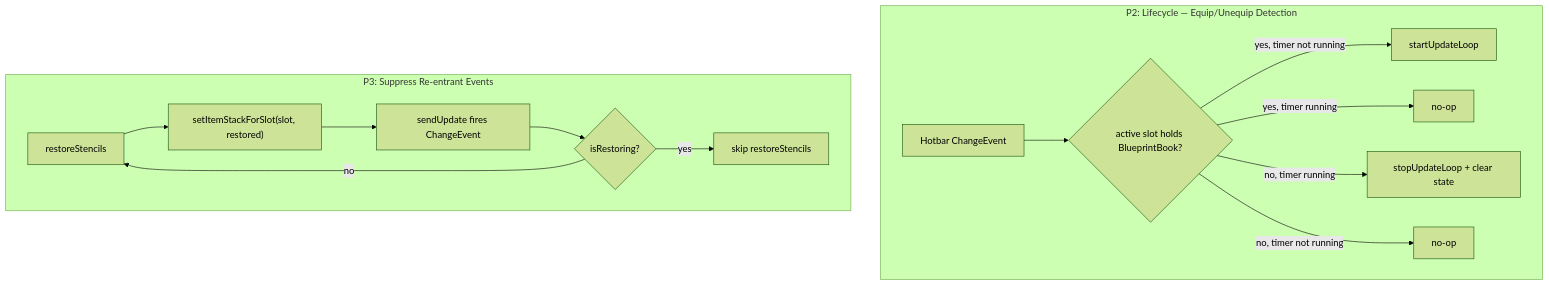
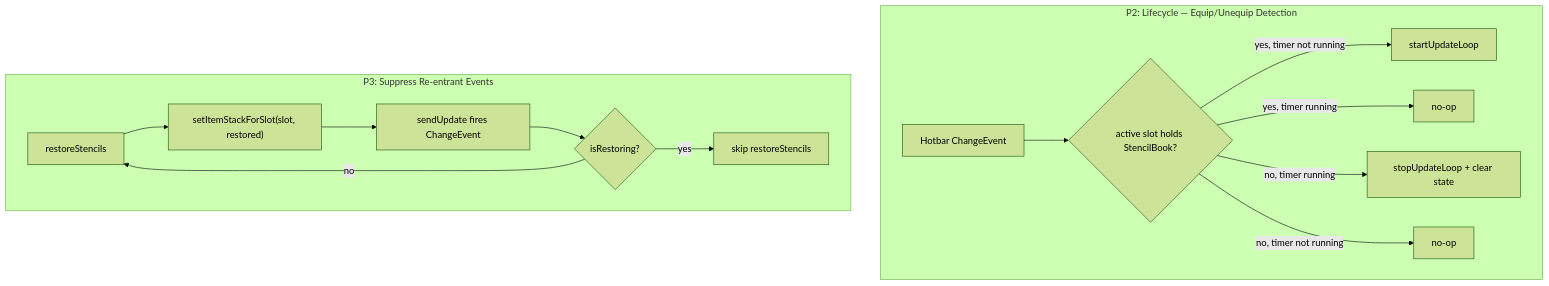
Before and after one commit to TheCodeCreature/Hytale-Example-Plugin: the third of 4 diagrams in docs/design-particle-loop-freeze-fix.md, drawn with Mermaid (forest theme). The commit also changed other lines of this file and 289 other files, not shown here.

````diff
--- a/docs/design-particle-loop-freeze-fix.md
+++ b/docs/design-particle-loop-freeze-fix.md
@@ -99,18 +99,18 @@
 ```mermaid
 graph TB
     subgraph P2["P2: Lifecycle — Equip/Unequip Detection"]
-        HC[Hotbar ChangeEvent] --> HE{active slot holds BlueprintBook?}
+        HC[Hotbar ChangeEvent] --> HE{active slot holds StencilBook?}
         HE -->|yes, timer not running| ST[startUpdateLoop]
         HE -->|yes, timer running| NOP[no-op]
         HE -->|no, timer running| SP[stopUpdateLoop + clear state]
         HE -->|no, timer not running| NOP2[no-op]
     end
 
     subgraph P3["P3: Suppress Re-entrant Events"]
         RE[restoreStencils] --> SS["setItemStackForSlot(slot, restored)"]
         SS --> UPD[sendUpdate fires ChangeEvent]
         UPD --> IR{isRestoring?}
         IR -->|yes| SK[skip restoreStencils]
         IR -->|no| RE
     end
 ```
````
